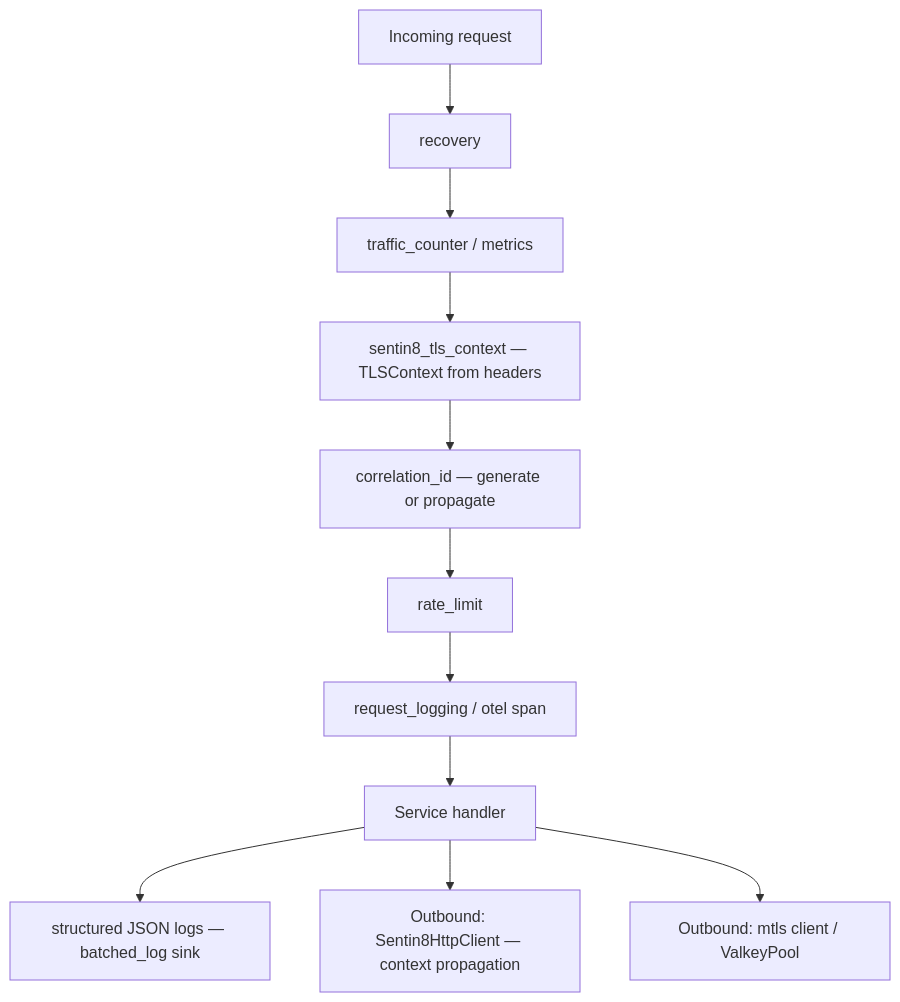
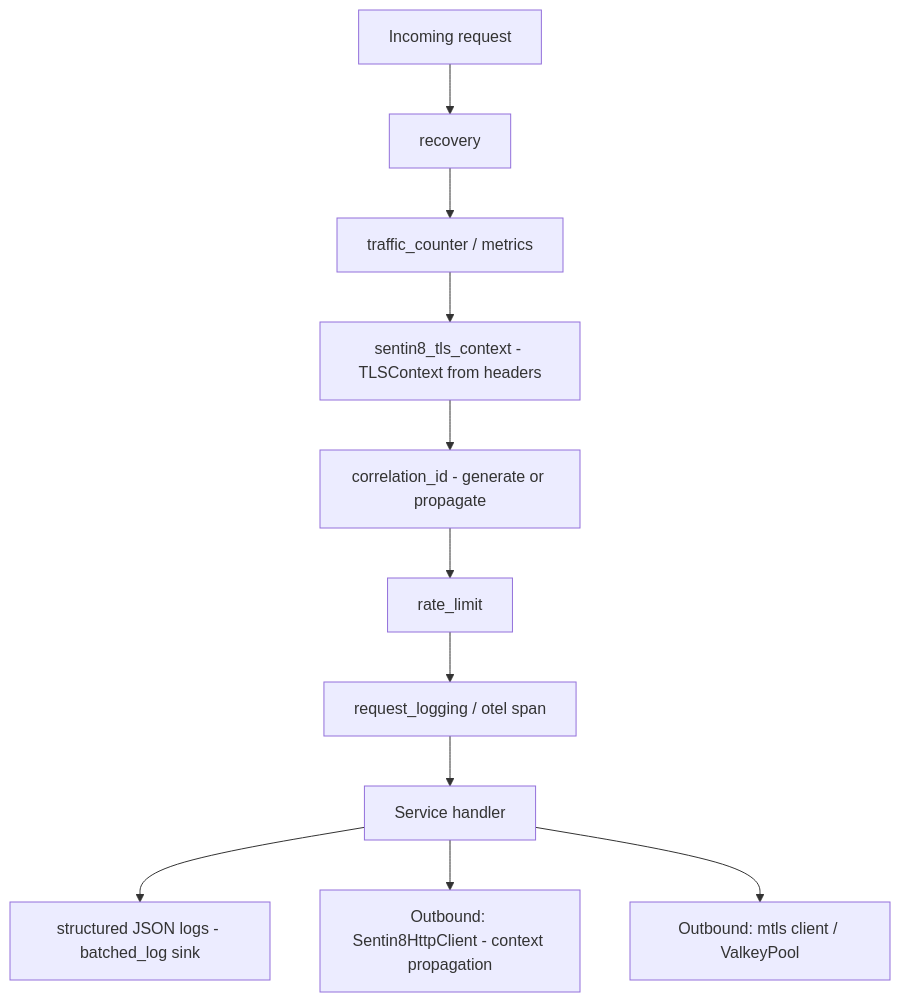
One commit to Sentin8/sentin8-sdk changed the diagram in core/middleware/README.md. Above: the diagram before and after it, drawn with Mermaid. The commit also changed other lines of this file and 107 other files, not shown here.

````diff
--- a/core/middleware/README.md
+++ b/core/middleware/README.md
@@ -26,13 +26,13 @@
 ```mermaid
 graph TD
     A[Incoming request] --> B[recovery]
     B --> C[traffic_counter / metrics]
-    C --> D[sentin8_tls_context — TLSContext from headers]
-    D --> E[correlation_id — generate or propagate]
+    C --> D[sentin8_tls_context - TLSContext from headers]
+    D --> E[correlation_id - generate or propagate]
     E --> F[rate_limit]
     F --> G[request_logging / otel span]
     G --> H[Service handler]
-    H --> I[structured JSON logs — batched_log sink]
-    H --> J[Outbound: Sentin8HttpClient — context propagation]
+    H --> I[structured JSON logs - batched_log sink]
+    H --> J[Outbound: Sentin8HttpClient - context propagation]
     H --> K[Outbound: mtls client / ValkeyPool]
 ```
````
